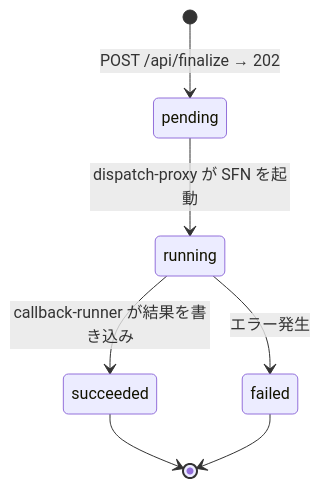
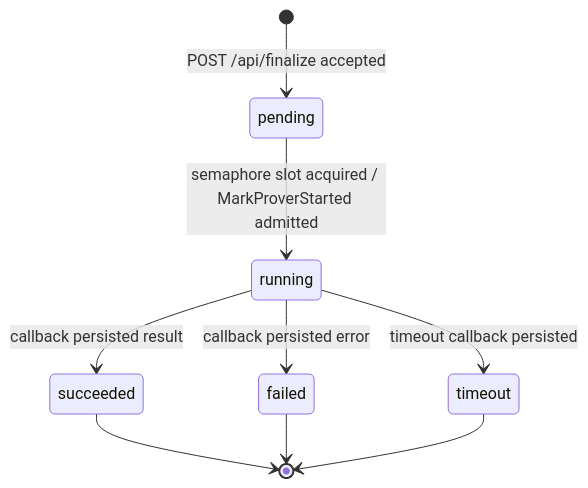
The third of 3 diagrams in public-book/src/aws/async-prover.md (hwatanabe-jp/stark-ballot-simulator-public), drawn with Mermaid before and after one commit. The commit also changed other lines of this file and 1491 other files, not shown here.

````diff
--- a/public-book/src/aws/async-prover.md
+++ b/public-book/src/aws/async-prover.md
@@ -194,9 +191,11 @@
 ```mermaid
 stateDiagram-v2
-  [*] --> pending: POST /api/finalize → 202
-  pending --> running: dispatch-proxy が SFN を起動
-  running --> succeeded: callback-runner が結果を書き込み
-  running --> failed: エラー発生
+  [*] --> pending: POST /api/finalize accepted
+  pending --> running: semaphore slot acquired / MarkProverStarted admitted
+  running --> succeeded: callback persisted result
+  running --> failed: callback persisted error
+  running --> timeout: timeout callback persisted
   succeeded --> [*]
   failed --> [*]
+  timeout --> [*]
 ```
````
